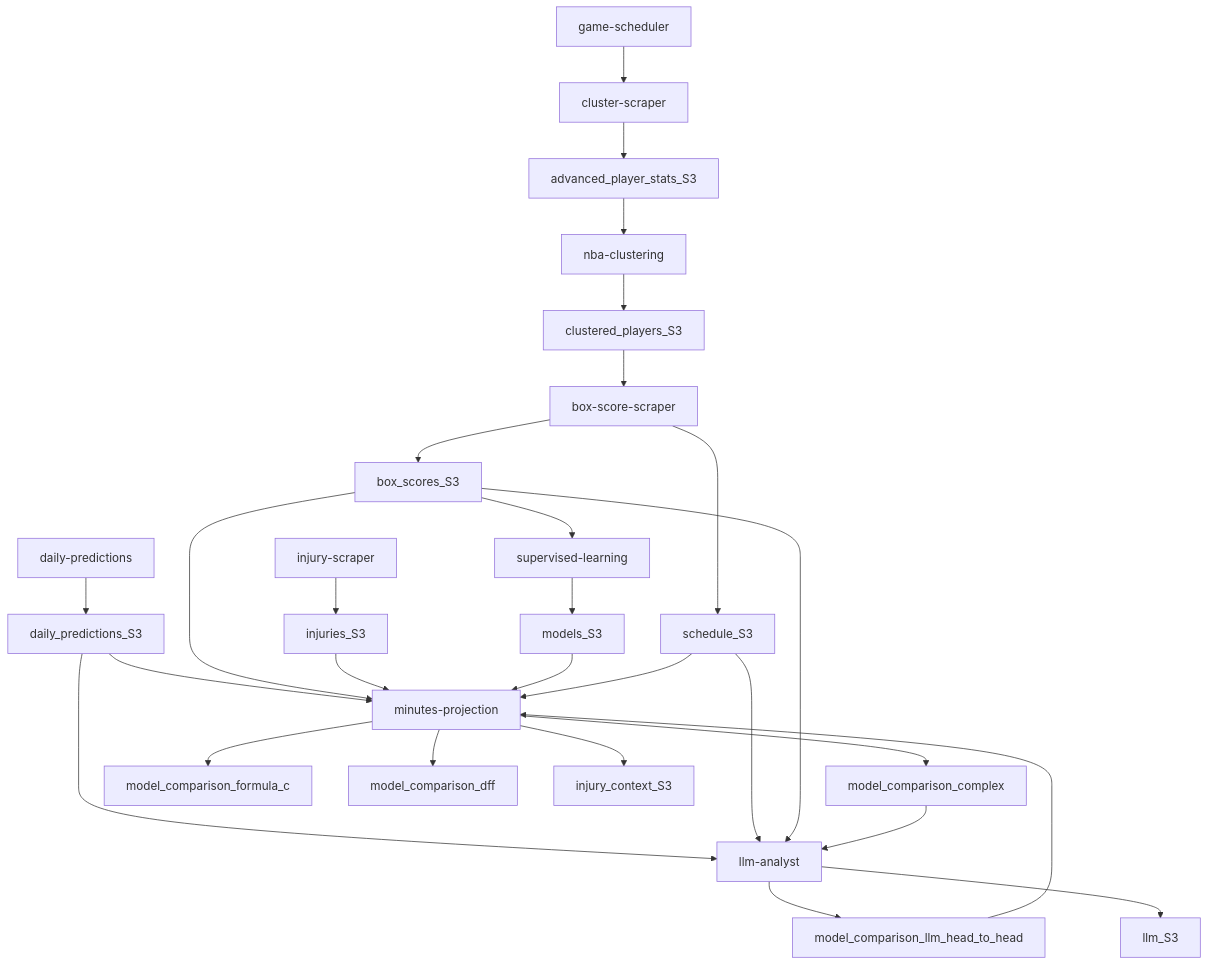
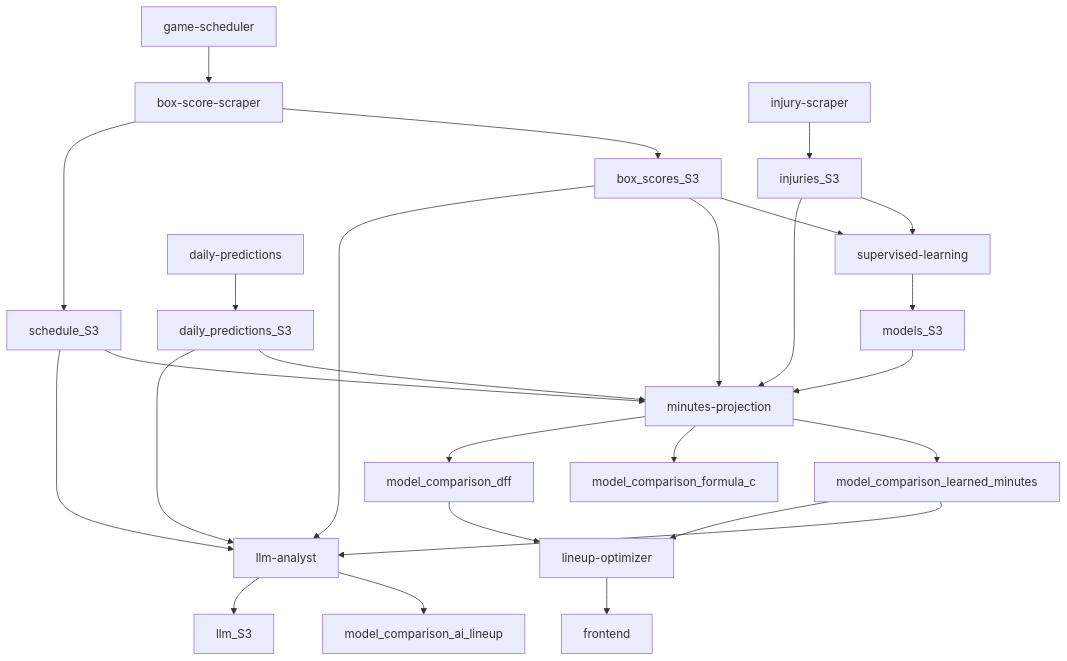
Before and after one commit to ibracken/NBA_Machine_Learning: the diagram in documentation/ProjectOverview.md, drawn with Mermaid. The commit also changed other lines of this file and 33 other files, not shown here.

````diff
--- a/documentation/ProjectOverview.md
+++ b/documentation/ProjectOverview.md
@@ -69,34 +68,31 @@
 ```mermaid
 graph TD;
-    game-scheduler-->cluster-scraper;
-    cluster-scraper-->advanced_player_stats_S3;
-    advanced_player_stats_S3-->nba-clustering;
-    nba-clustering-->clustered_players_S3;
+    game-scheduler-->box-score-scraper;
     box-score-scraper-->box_scores_S3;
-    clustered_players_S3-->box-score-scraper;
+    box-score-scraper-->schedule_S3;
+    injury-scraper-->injuries_S3;
+    injuries_S3-->supervised-learning;
     box_scores_S3-->supervised-learning;
     supervised-learning-->models_S3;
     daily-predictions-->daily_predictions_S3;
-    injury-scraper-->injuries_S3;
 
     daily_predictions_S3-->minutes-projection;
     box_scores_S3-->minutes-projection;
+    schedule_S3-->minutes-projection;
     injuries_S3-->minutes-projection;
     models_S3-->minutes-projection;
-
-    box-score-scraper-->schedule_S3;
-    schedule_S3-->minutes-projection;
-
-    minutes-projection-->model_comparison_complex;
+    minutes-projection-->model_comparison_learned_minutes;
     minutes-projection-->model_comparison_formula_c;
     minutes-projection-->model_comparison_dff;
-    minutes-projection-->injury_context_S3;
 
     daily_predictions_S3-->llm-analyst;
     schedule_S3-->llm-analyst;
     box_scores_S3-->llm-analyst;
-    llm-analyst-->model_comparison_llm_head_to_head;
-    model_comparison_llm_head_to_head-->minutes-projection;
-    model_comparison_complex-->llm-analyst;
+    model_comparison_learned_minutes-->llm-analyst;
+    llm-analyst-->model_comparison_ai_lineup;
     llm-analyst-->llm_S3;
+
+    model_comparison_learned_minutes-->lineup-optimizer;
+    model_comparison_dff-->lineup-optimizer;
+    lineup-optimizer-->frontend;
 ```
````
